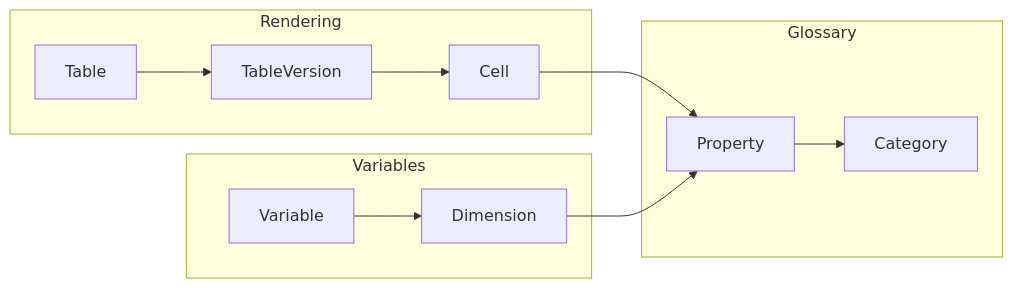
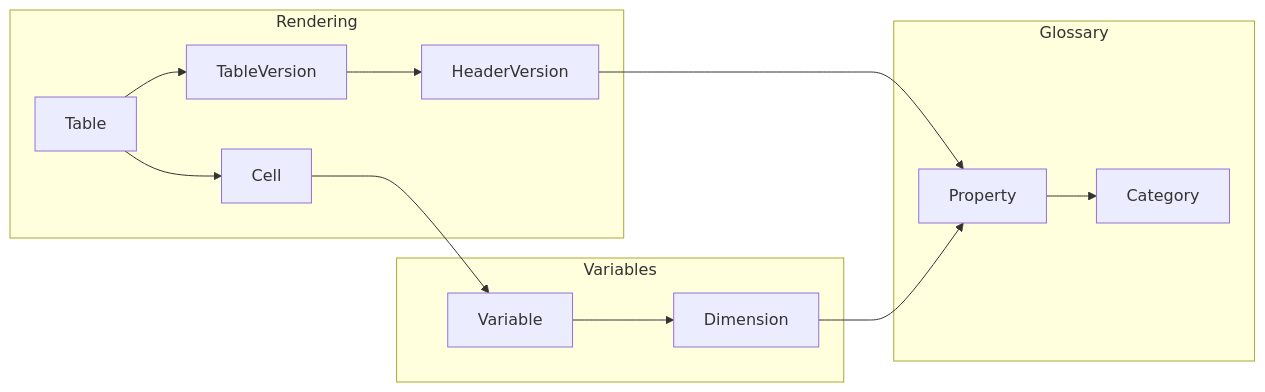
One commit to sdmx-twg/wp-sdmx-dpm changed diagram 11 of 14 in docs/models-relationships/02_data_definition/01_data_definition_overview.md. Above: the diagram before and after it, drawn with Mermaid. The commit also changed other lines of this file and 5 other files, not shown here.

First line of the commit message:
docs: correct Cell vs Header conceptual model to match DPM spec

````diff
--- a/docs/models-relationships/02_data_definition/01_data_definition_overview.md
+++ b/docs/models-relationships/02_data_definition/01_data_definition_overview.md
@@ -324,17 +322,19 @@
 ```mermaid
 flowchart LR
     subgraph Rendering
         Table --> TableVersion
-        TableVersion --> Cell
+        TableVersion --> HeaderVersion
+        Table --> Cell
     end
     subgraph Variables
         Variable --> Dimension
     end
     subgraph Glossary
         Property
         Category
     end
-    Cell --> Property
+    HeaderVersion --> Property
+    Cell --> Variable
     Dimension --> Property
     Property --> Category
 ```
````
